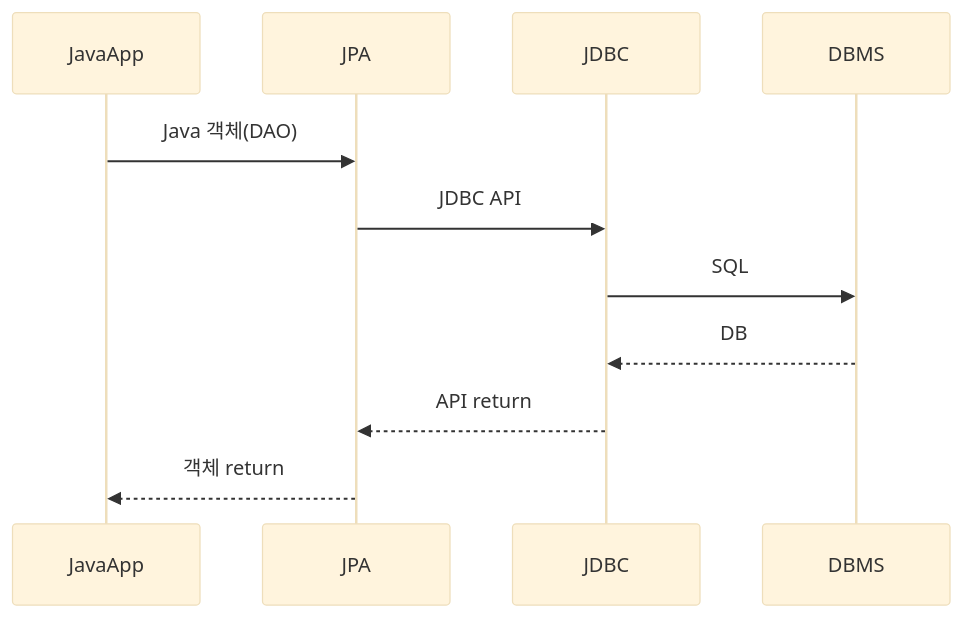
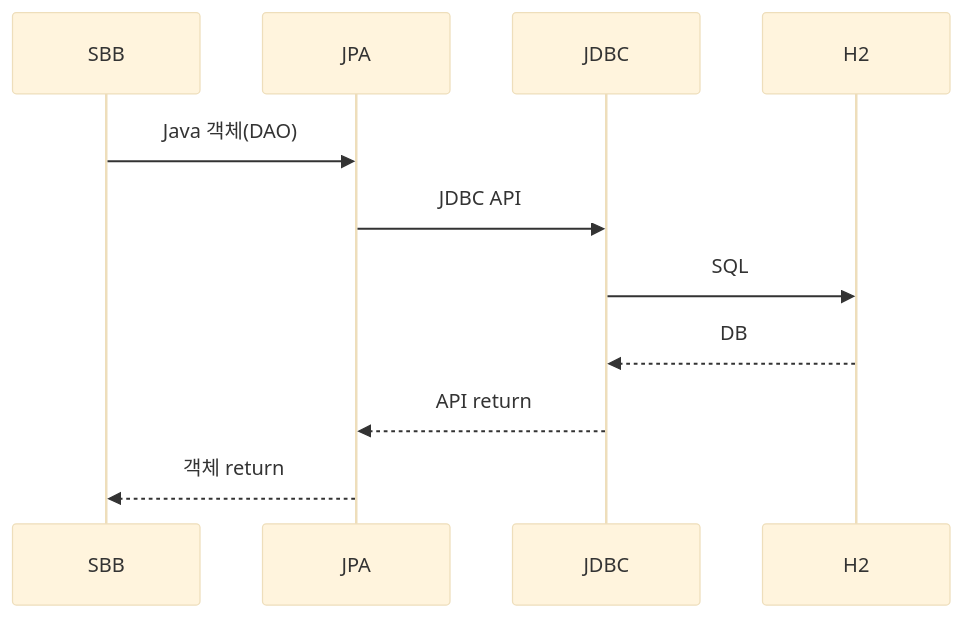
One commit to machdd365/SBB_20231106 changed the diagram in Readme.md. Above: the diagram before and after it, drawn with Mermaid (base theme). The commit also changed other lines of this file and 10 other files, not shown here.

````diff
--- a/Readme.md
+++ b/Readme.md
@@ -1,10 +1,10 @@
 ```mermaid
 sequenceDiagram
-    JavaApp->>JPA: Java 객체(DAO)
+    SBB->>JPA: Java 객체(DAO)
     JPA->>JDBC: JDBC API
-    JDBC->>DBMS: SQL
-    DBMS-->>JDBC: DB
+    JDBC->>H2: SQL
+    H2-->>JDBC: DB
     JDBC-->>JPA: API return
-    JPA-->>JavaApp: 객체 return
+    JPA-->>SBB: 객체 return
 
 ```
````
